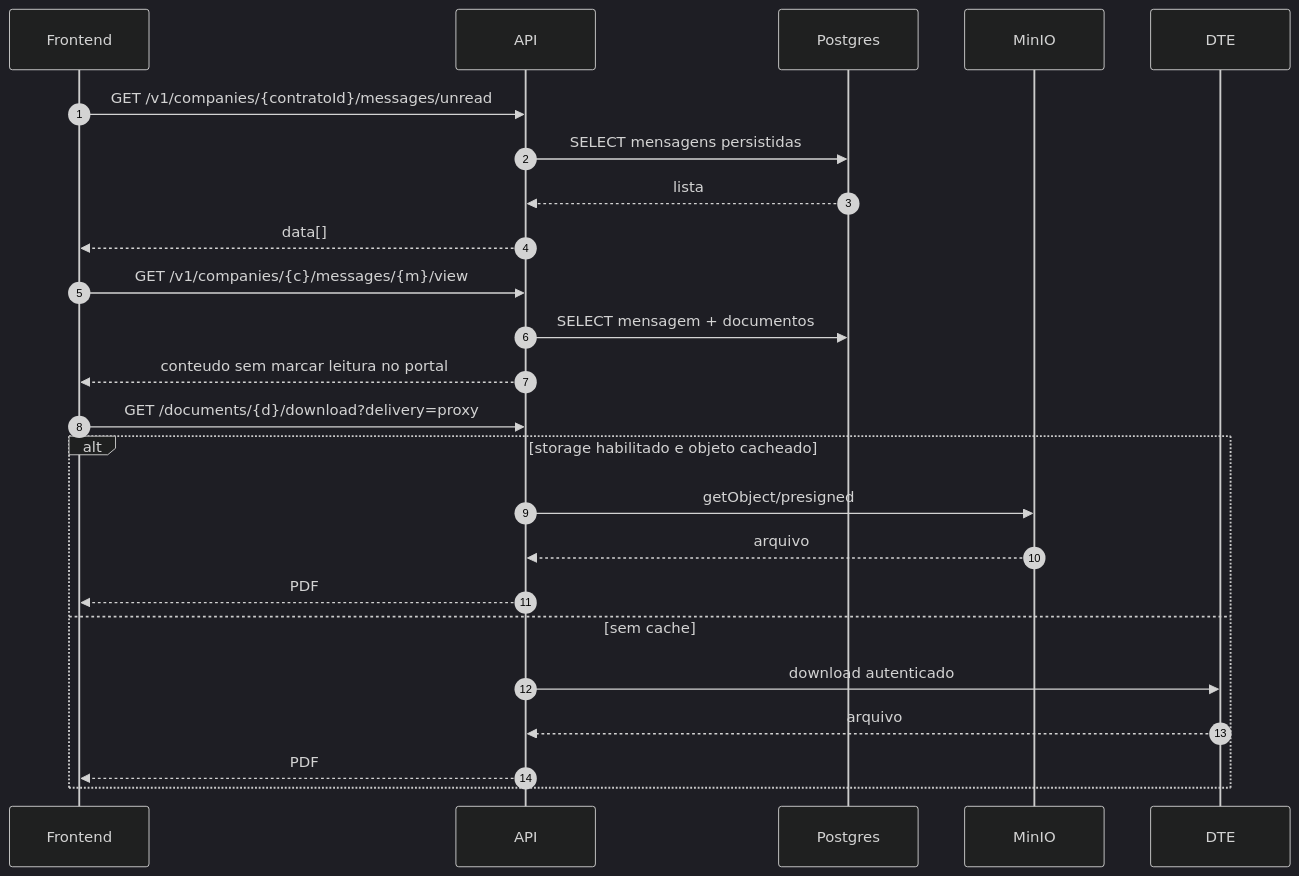
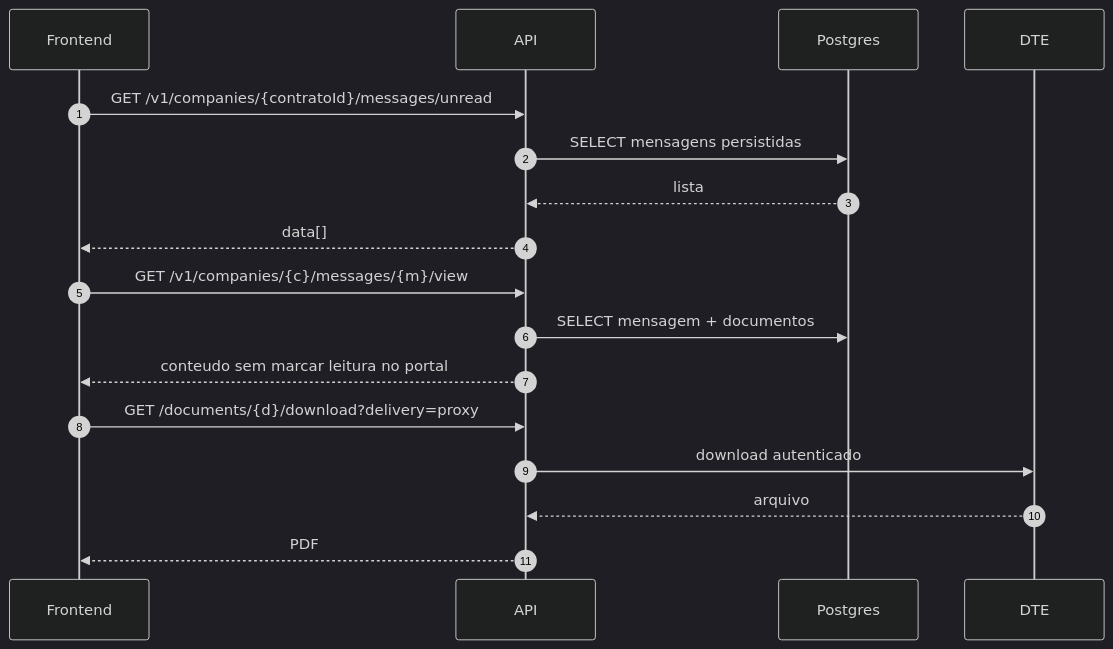
Before and after one commit to MaxTecnology/DTEHub-front: the fifth of 8 diagrams in docs/fluxo-aplicacao.md, drawn with Mermaid (dark theme). The commit also changed other lines of this file and 11 other files, not shown here.

````diff
--- a/docs/fluxo-aplicacao.md
+++ b/docs/fluxo-aplicacao.md
@@ -123,29 +121,22 @@
 ```mermaid
 sequenceDiagram
     autonumber
     participant FE as Frontend
     participant API as API
     participant DB as Postgres
-    participant MINIO as MinIO
     participant DTE as DTE
 
     FE->>API: GET /v1/companies/{contratoId}/messages/unread
     API->>DB: SELECT mensagens persistidas
     DB-->>API: lista
     API-->>FE: data[]
 
     FE->>API: GET /v1/companies/{c}/messages/{m}/view
     API->>DB: SELECT mensagem + documentos
     API-->>FE: conteudo sem marcar leitura no portal
 
     FE->>API: GET /documents/{d}/download?delivery=proxy
-    alt storage habilitado e objeto cacheado
-        API->>MINIO: getObject/presigned
-        MINIO-->>API: arquivo
-        API-->>FE: PDF
-    else sem cache
-        API->>DTE: download autenticado
-        DTE-->>API: arquivo
-        API-->>FE: PDF
-    end
+    API->>DTE: download autenticado
+    DTE-->>API: arquivo
+    API-->>FE: PDF
 ```
````
